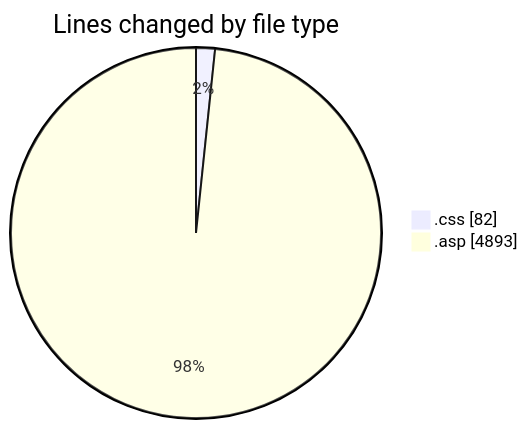
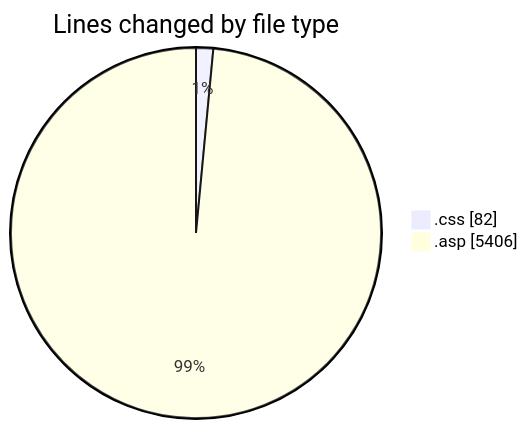
Before and after one commit to julien-gomy/code-tracking: the first of 2 diagrams in 2025-11-16/cdp_aleoudev_fr__workspace_/README.md, drawn with Mermaid. The commit also changed other lines of this file and 1 other file, not shown here.

````diff
--- a/2025-11-16/cdp_aleoudev_fr__workspace_/README.md
+++ b/2025-11-16/cdp_aleoudev_fr__workspace_/README.md
@@ -27,6 +28,6 @@
 ```mermaid
 pie showData
 title Lines changed by file type
 ".css" : 82
-".asp" : 4893
+".asp" : 5406
 ```
````
